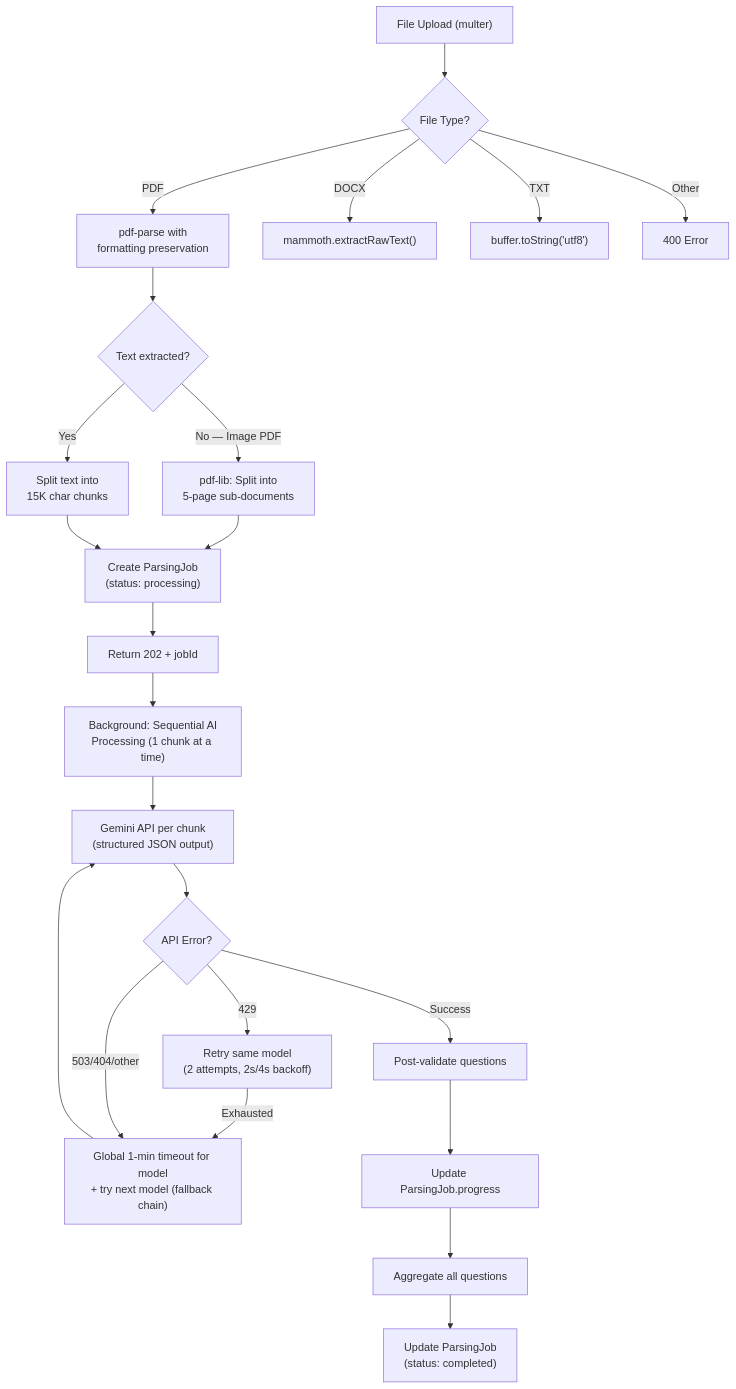
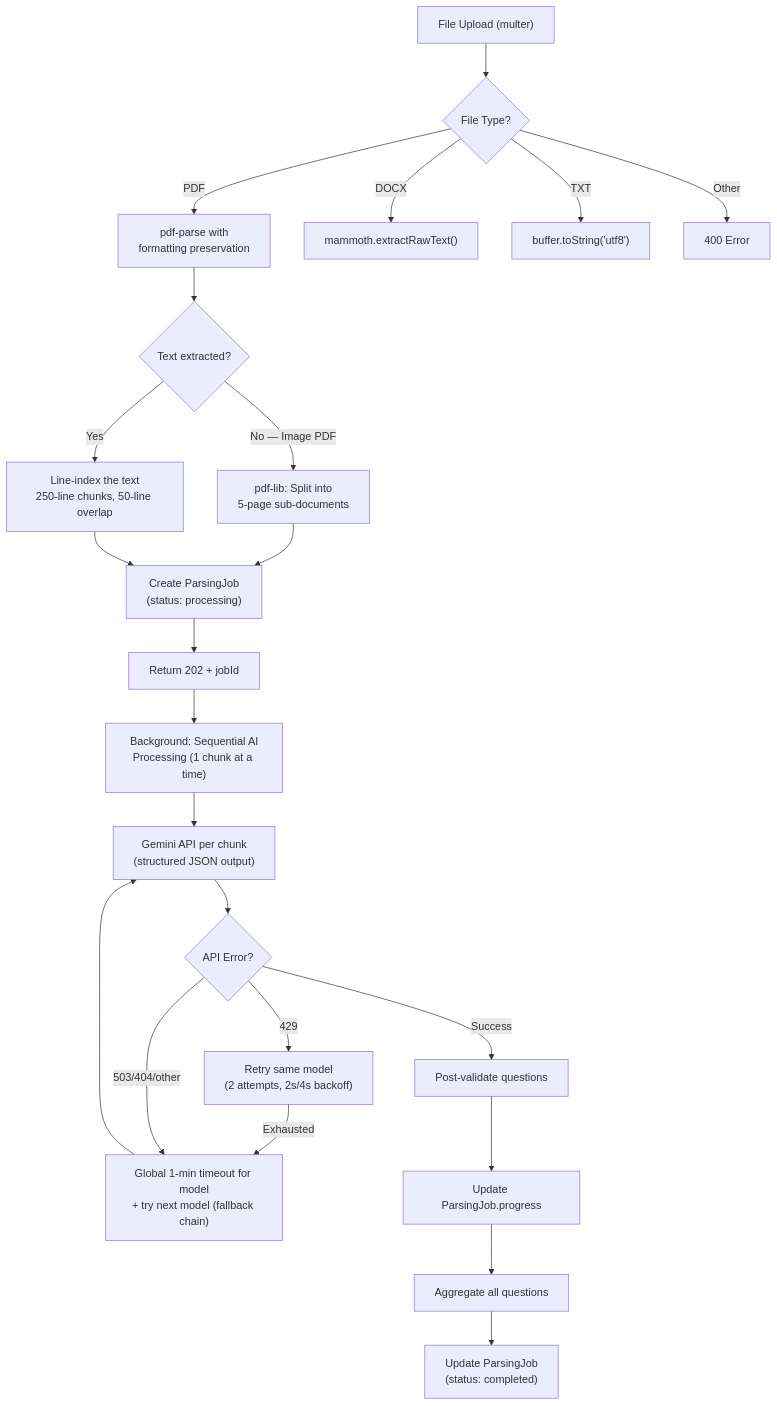
The third of 5 diagrams in docs/TECHNICAL_DOCUMENTATION.md (shshwtkhr/quiz-app), drawn with Mermaid before and after one commit. The commit also changed other lines of this file and 2 other files, not shown here.

````diff
--- a/docs/TECHNICAL_DOCUMENTATION.md
+++ b/docs/TECHNICAL_DOCUMENTATION.md
@@ -767,29 +774,29 @@
 ```mermaid
 flowchart TD
     A["File Upload (multer)"] --> B{File Type?}
     B -->|PDF| C["pdf-parse with<br/>formatting preservation"]
     B -->|DOCX| D["mammoth.extractRawText()"]
     B -->|TXT| E["buffer.toString('utf8')"]
     B -->|Other| F["400 Error"]
 
     C --> G{Text extracted?}
     G -->|No — Image PDF| H["pdf-lib: Split into<br/>5-page sub-documents"]
-    G -->|Yes| I["Split text into<br/>15K char chunks"]
+    G -->|Yes| I["Line-index the text<br/>250-line chunks, 50-line overlap"]
     
     H --> J0["Create ParsingJob<br/>(status: processing)"]
     I --> J0
     J0 --> J0b["Return 202 + jobId"]
     J0b --> J["Background: Sequential AI<br/>Processing (1 chunk at a time)"]
 
     J --> K["Gemini API per chunk<br/>(structured JSON output)"]
     K --> L{API Error?}
     L -->|429| R["Retry same model<br/>(2 attempts, 2s/4s backoff)"]
     R -->|Exhausted| M["Global 1-min timeout for model<br/>+ try next model (fallback chain)"]
     L -->|503/404/other| M
     L -->|Success| N["Post-validate questions"]
     M --> K
 
     N --> O["Update ParsingJob.progress"]
     O --> P["Aggregate all questions"]
     P --> Q["Update ParsingJob<br/>(status: completed)"]
 ```
````
